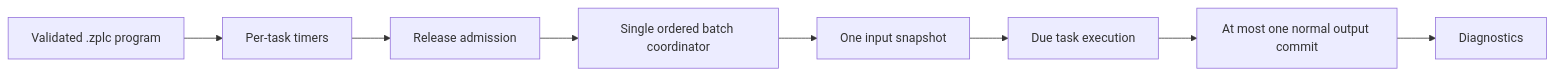
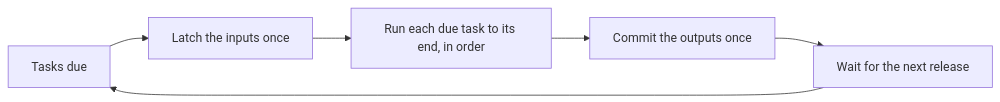
Before and after one commit to eduardojvieira/ZPLC: the diagram in docs/docs/runtime/scheduler.md, drawn with Mermaid. The commit also changed other lines of this file and 11 other files, not shown here.

Commit message:
docs(runtime): rewrite the architecture, runtime overview, scheduler, memory model, persistence and HAL pages

````diff
--- a/docs/docs/runtime/scheduler.md
+++ b/docs/docs/runtime/scheduler.md
@@ -54,10 +16,8 @@
 ```mermaid
 flowchart LR
-  Program[Validated .zplc program] --> Timers[Per-task timers]
-  Timers --> Admission[Release admission]
-  Admission --> Batch[Single ordered batch coordinator]
-  Batch --> Snapshot[One input snapshot]
-  Snapshot --> Tasks[Due task execution]
-  Tasks --> Commit[At most one normal output commit]
-  Commit --> Stats[Diagnostics]
+  Release[Tasks due] --> Latch[Latch the inputs once]
+  Latch --> Run[Run each due task to its end, in order]
+  Run --> Commit[Commit the outputs once]
+  Commit --> Wait[Wait for the next release]
+  Wait --> Release
 ```
````
